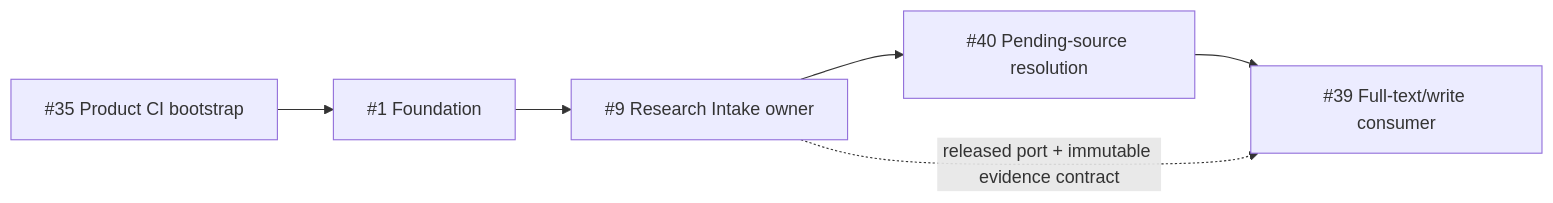
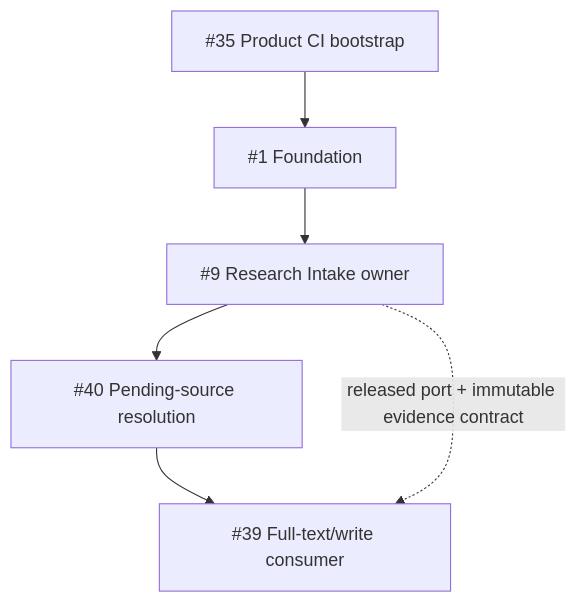
The diagram in docs/product-technical-gap-baseline.md (ContextualWisdomLab/ConceptWeave), drawn with Mermaid before and after one commit. The commit also changed 2 other files, not shown here.

Commit message:
docs(gap): keep dependency diagram visible

````diff
--- a/docs/product-technical-gap-baseline.md
+++ b/docs/product-technical-gap-baseline.md
@@ -18,8 +18,8 @@
 ```mermaid
-flowchart LR
+flowchart TB
     ci["#35 Product CI bootstrap"] --> foundation["#1 Foundation"]
     foundation --> intake["#9 Research Intake owner"]
     intake --> resolution["#40 Pending-source resolution"]
     resolution --> writer["#39 Full-text/write consumer"]
     intake -. "released port + immutable evidence contract" .-> writer
 ```
````
